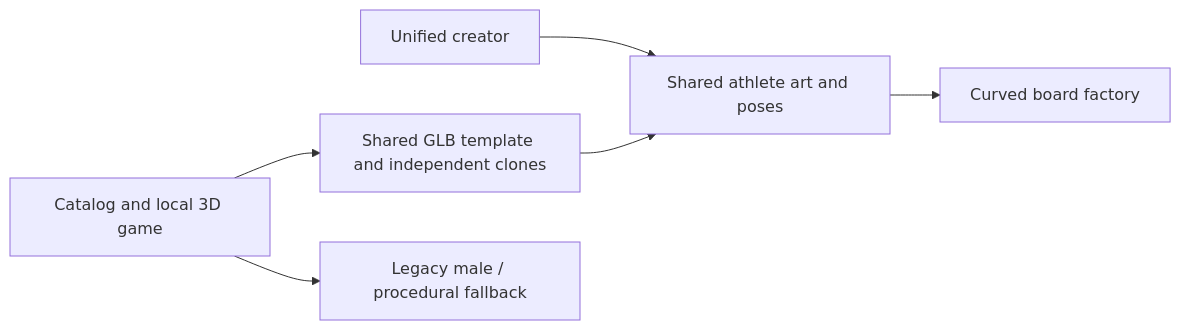
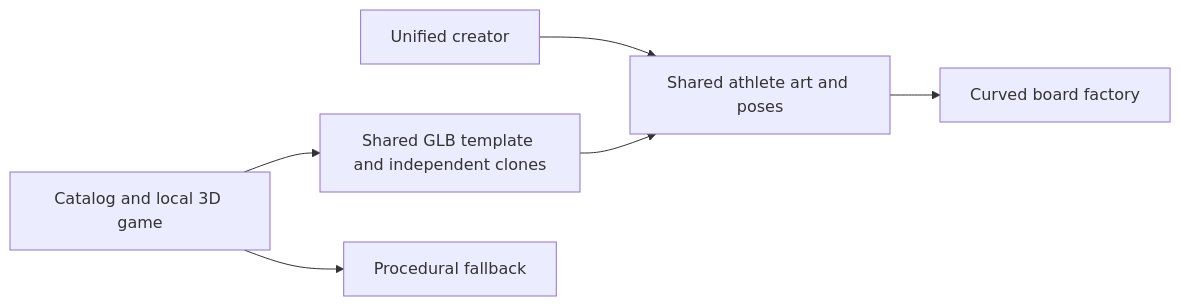
One commit to board-games-jf/surf-king-react changed the ninth of 9 diagrams in docs/ARCHITECTURE.md. Above: the diagram before and after it, drawn with Mermaid. The commit also changed other lines of this file, not shown here.

Commit message:
docs: describe shared male/female renderer and wave (#33)

````diff
--- a/docs/ARCHITECTURE.md
+++ b/docs/ARCHITECTURE.md
@@ -159,8 +159,8 @@
 ```mermaid
 flowchart LR
   Studio[Unified creator] --> Art[Shared athlete art and poses]
   Catalog[Catalog and local 3D game] --> Loader[Shared GLB template and independent clones]
   Loader --> Art
   Art --> Board[Curved board factory]
-  Catalog --> Fallback[Legacy male / procedural fallback]
+  Catalog --> Fallback[Procedural fallback]
 ```
````
